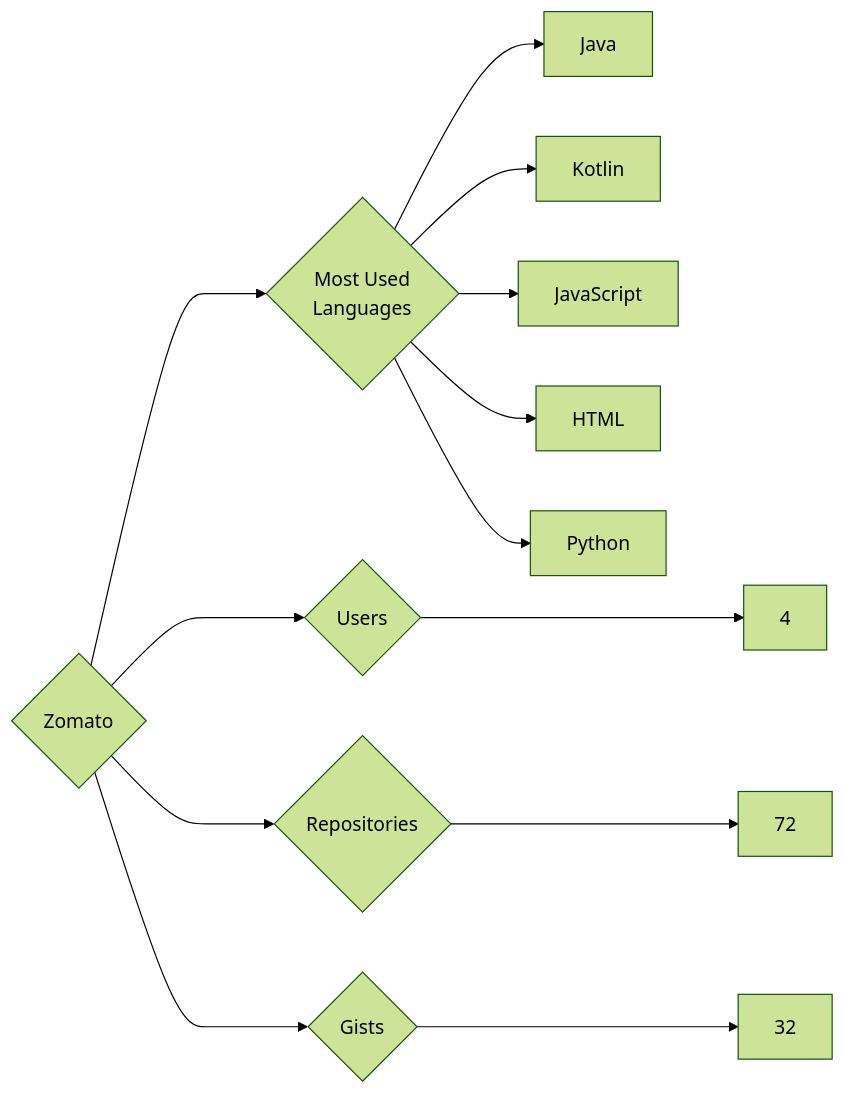
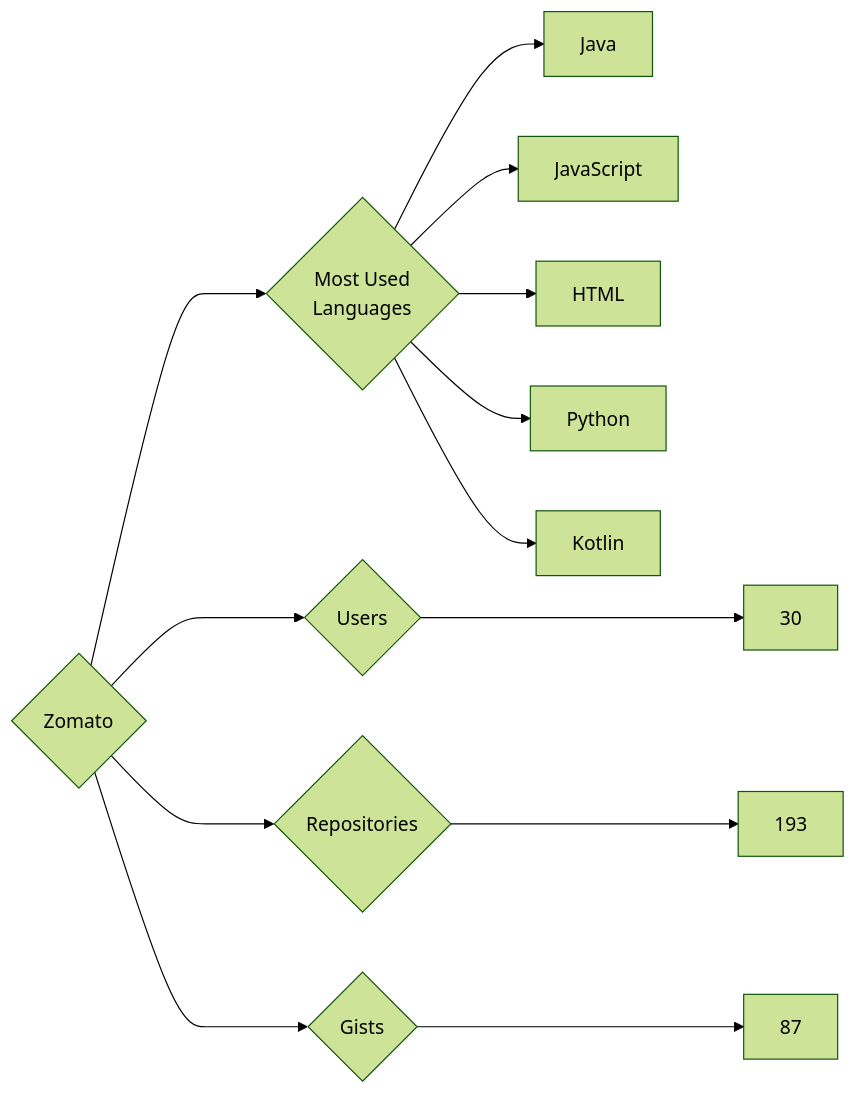
Before and after one commit to trickest/insiders: the diagram in targets/Zomato/README.md, drawn with Mermaid (forest theme). The commit also changed 965 other files, not shown here.

````diff
--- a/targets/Zomato/README.md
+++ b/targets/Zomato/README.md
@@ -3,13 +3,13 @@
 ```mermaid
 graph LR
 COMPANY_NAME{Zomato}
-COMPANY_NAME ---> U{Users} ---> UN[4]
-COMPANY_NAME ---> R{Repositories} ---> RN[72]
-COMPANY_NAME ---> G{Gists} ---> GN[32]
+COMPANY_NAME ---> U{Users} ---> UN[30]
+COMPANY_NAME ---> R{Repositories} ---> RN[193]
+COMPANY_NAME ---> G{Gists} ---> GN[87]
 COMPANY_NAME ---> ML{Most Used<br>Languages}
 ML --> Java[Java]
-ML --> Kotlin[Kotlin]
 ML --> JavaScript[JavaScript]
 ML --> HTML[HTML]
 ML --> Python[Python]
+ML --> Kotlin[Kotlin]
 ```
````
